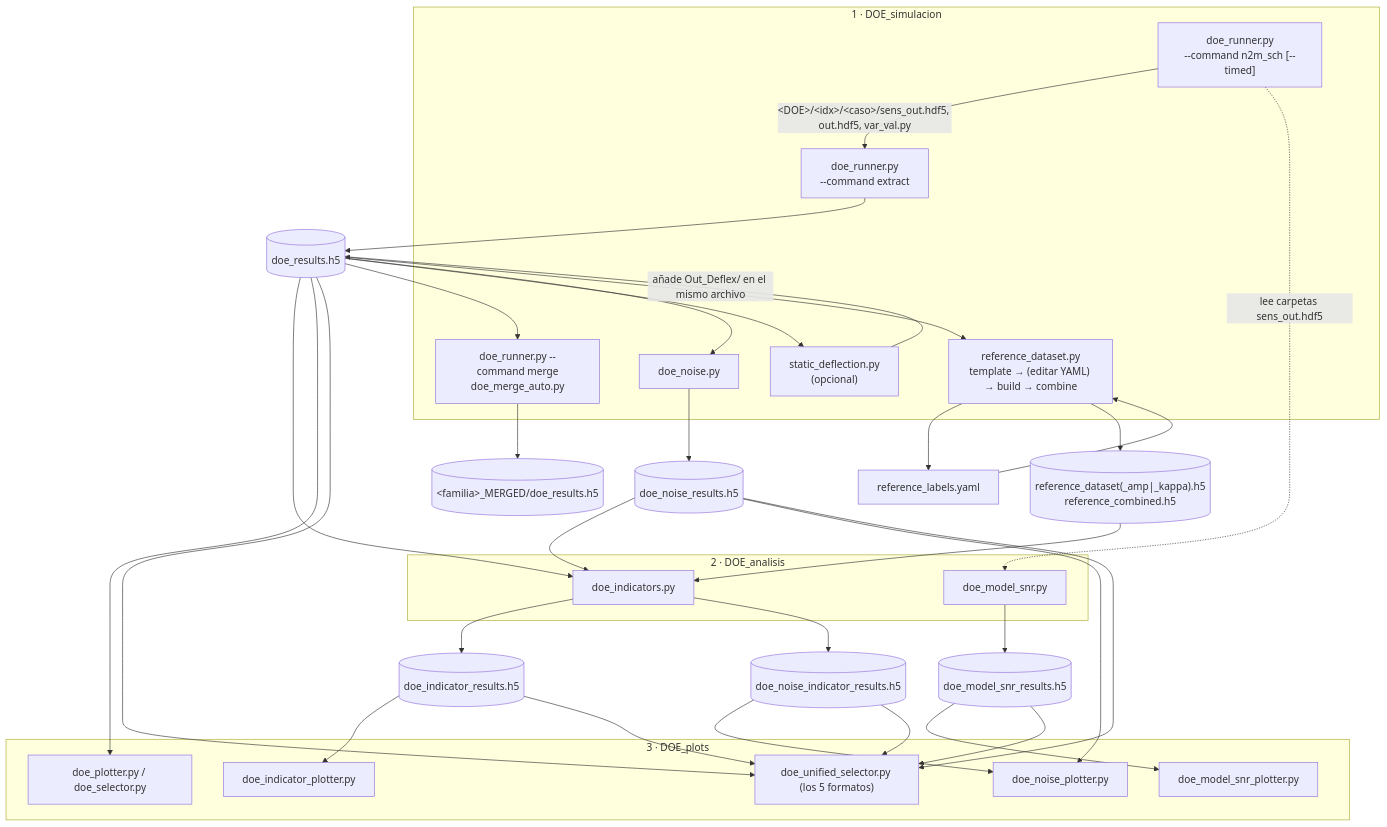
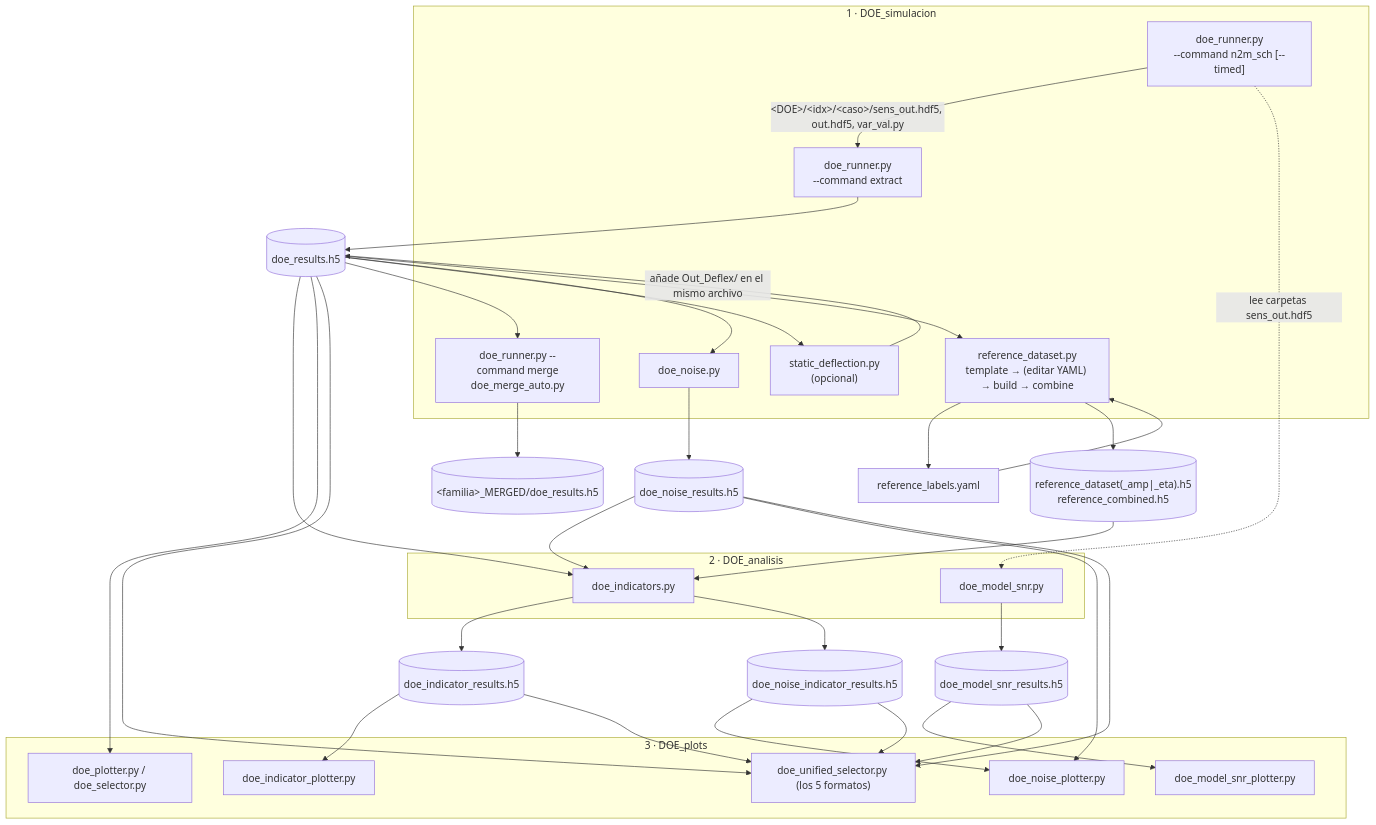
Before and after one commit to Mireles1199/CAMP10_Chatter_detection_Methodes: the diagram in docs/flujos/FLUJO_DOE_utils.md, drawn with Mermaid. The commit also changed other lines of this file and 5 other files, not shown here.

Commit message:
docs: kappa -> eta in the validation guides, report, noise plan and flow (history under docs/historico keeps kappa)

````diff
--- a/docs/flujos/FLUJO_DOE_utils.md
+++ b/docs/flujos/FLUJO_DOE_utils.md
@@ -28,42 +28,42 @@
 ```mermaid
 flowchart TD
   subgraph SIM["1 · DOE_simulacion"]
     R1["doe_runner.py<br/>--command n2m_sch [--timed]"]
     R2["doe_runner.py<br/>--command extract"]
     M1["doe_runner.py --command merge<br/>doe_merge_auto.py"]
     SD["static_deflection.py<br/>(opcional)"]
     NZ["doe_noise.py"]
     RD["reference_dataset.py<br/>template → (editar YAML) → build → combine"]
   end
   subgraph AN["2 · DOE_analisis"]
     IND["doe_indicators.py"]
     MS["doe_model_snr.py"]
   end
   subgraph PL["3 · DOE_plots"]
     P1["doe_plotter.py / doe_selector.py"]
     P2["doe_indicator_plotter.py"]
     P3["doe_noise_plotter.py"]
     P4["doe_model_snr_plotter.py"]
     U["doe_unified_selector.py (los 5 formatos)"]
   end
 
   R1 -->|"&lt;DOE&gt;/&lt;idx&gt;/&lt;caso&gt;/sens_out.hdf5, out.hdf5, var_val.py"| R2
   R2 --> H1[("doe_results.h5")]
   H1 --> M1 --> H1m[("&lt;familia&gt;_MERGED/doe_results.h5")]
   H1 --> SD -->|"añade Out_Deflex/ en el mismo archivo"| H1
   H1 --> NZ --> H2[("doe_noise_results.h5")]
   H1 --> RD --> YAML["reference_labels.yaml"] --> RD
-  RD --> REF[("reference_dataset(_amp|_kappa).h5<br/>reference_combined.h5")]
+  RD --> REF[("reference_dataset(_amp|_eta).h5<br/>reference_combined.h5")]
   H1 --> IND
   H2 --> IND
   REF --> IND
   IND --> H3[("doe_indicator_results.h5")]
   IND --> H4[("doe_noise_indicator_results.h5")]
   R1 -.->|"lee carpetas sens_out.hdf5"| MS --> H5[("doe_model_snr_results.h5")]
   H1 --> P1
   H3 --> P2
   H2 --> P3
   H4 --> P3
   H5 --> P4
   H1 & H2 & H3 & H4 & H5 --> U
 ```
````
